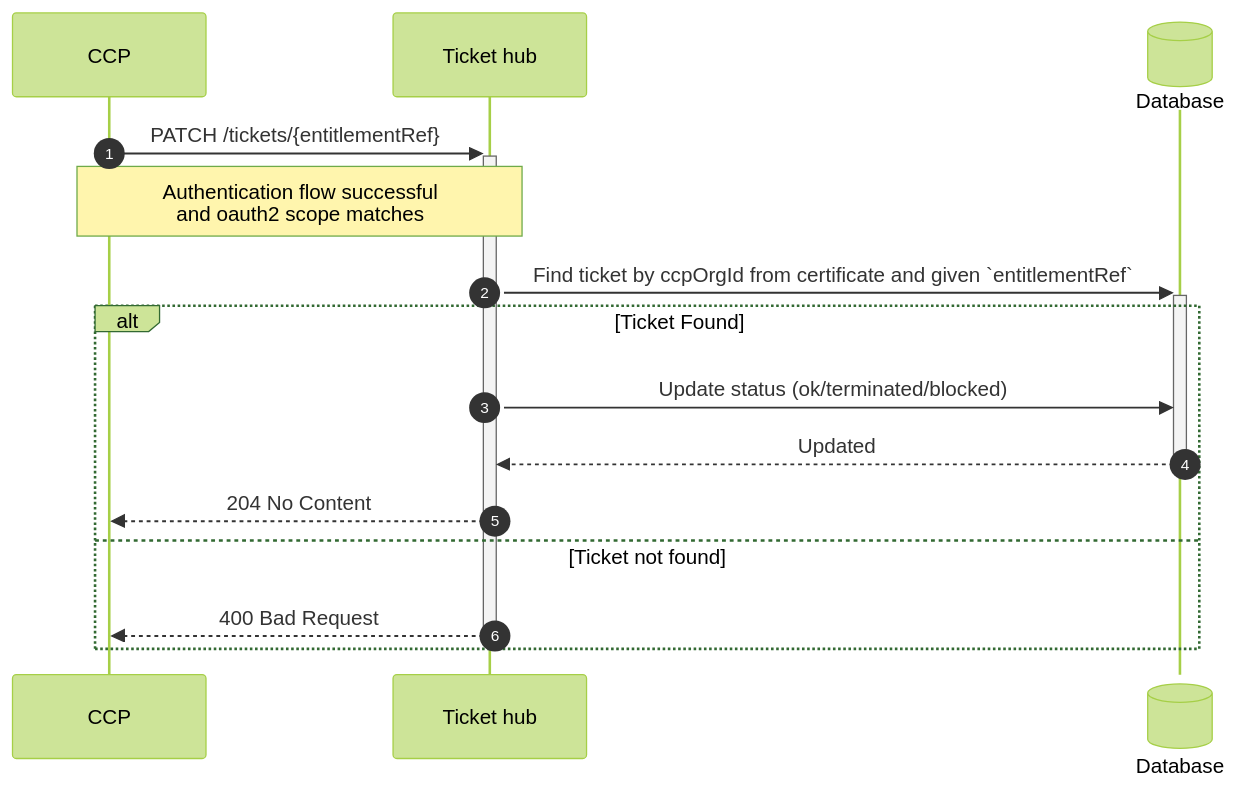
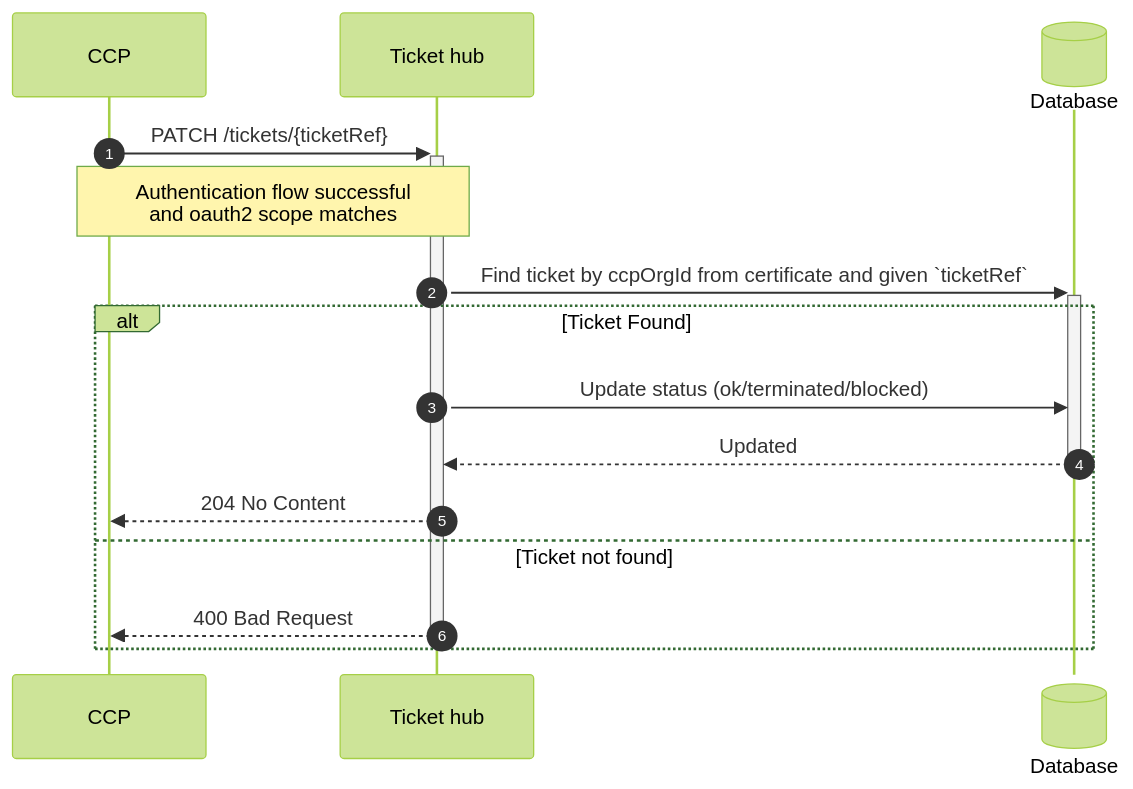
One commit to HUSST-de/ABT-Ticketspeicher-Schnittstelle changed the third of 5 diagrams in UseCases.md. Above: the diagram before and after it, drawn with Mermaid (forest theme). The commit also changed other lines of this file and 5 other files, not shown here.

````diff
--- a/UseCases.md
+++ b/UseCases.md
@@ -97,19 +96,19 @@
 ```mermaid
 sequenceDiagram
     autonumber
     participant Client as CCP
     participant Tickethub as Ticket hub
     participant Database@{"type":"database"}
 
-    Client->>+Tickethub: PATCH /tickets/{entitlementRef}
+    Client->>+Tickethub: PATCH /tickets/{ticketRef}
     note over Client,Tickethub: Authentication flow successful<br>and oauth2 scope matches
 
-    Tickethub->>+Database: Find ticket by ccpOrgId from certificate and given `entitlementRef`
+    Tickethub->>+Database: Find ticket by ccpOrgId from certificate and given `ticketRef`
     alt Ticket Found
         Tickethub->>Database: Update status (ok/terminated/blocked)
         Database-->>-Tickethub: Updated
         Tickethub-->>Client: 204 No Content
     else Ticket not found
         Tickethub-->>-Client: 400 Bad Request
     end
 ```
````
